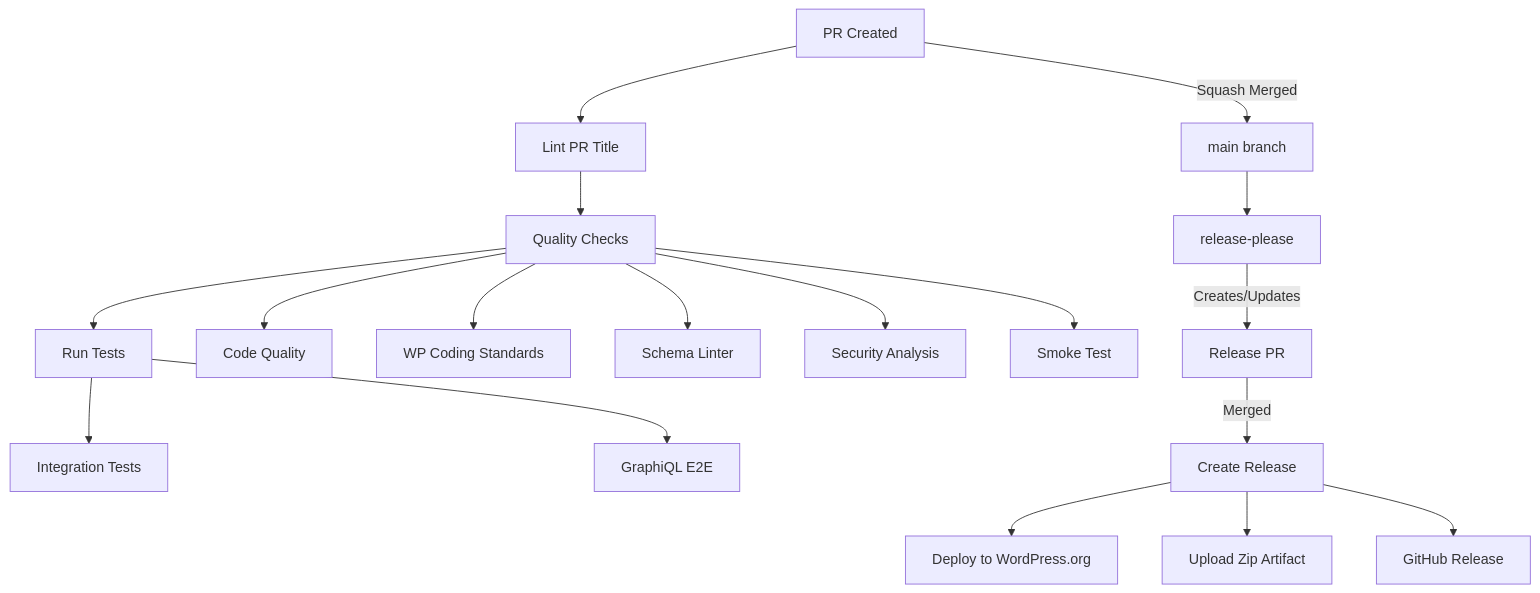
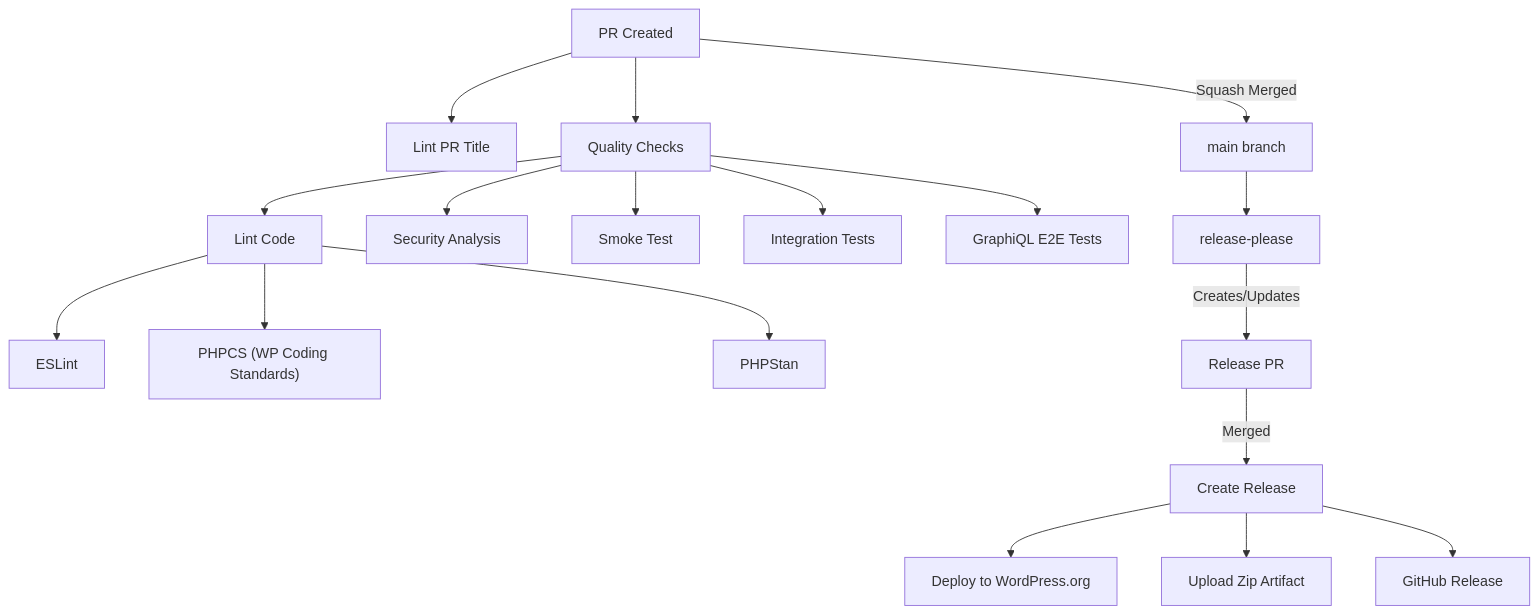
One commit to wp-graphql/wp-graphql changed the diagram in .github/workflows/README.md. Above: the diagram before and after it, drawn with Mermaid. The commit also changed other lines of this file and 4 other files, not shown here.

Commit message:
ci: combine phpcs/phpstan workflows into reusable lint

````diff
--- a/.github/workflows/README.md
+++ b/.github/workflows/README.md
@@ -93,27 +82,27 @@
 ```mermaid
 flowchart TD
     %% PR Process
     PR[PR Created] --> LPR[Lint PR Title]
-    LPR --> QA[Quality Checks]
-    QA --> Tests[Run Tests]
+    PR --> QA[Quality Checks]
 
     %% Quality Checks
-    QA --> CQ[Code Quality]
-    QA --> WCS[WP Coding Standards]
-    QA --> SL[Schema Linter]
+    QA --> Lint[Lint Code]
     QA --> SEC[Security Analysis]
     QA --> SM[Smoke Test]
+    QA --> INT[Integration Tests]
+    QA --> E2E[GraphiQL E2E Tests]
 
-    %% Tests
-    Tests --> INT[Integration Tests]
-    Tests --> E2E[GraphiQL E2E]
+    %% Linting
+    Lint --> ESL[ESLint]
+    Lint --> CS["PHPCS (WP Coding Standards)"]
+    Lint --> STAN[PHPStan]
 
     %% Merge and Release
     PR --> |Squash Merged| MAIN[main branch]
     MAIN --> RP[release-please]
     RP --> |Creates/Updates| RPR[Release PR]
     RPR --> |Merged| REL[Create Release]
     REL --> WO[Deploy to WordPress.org]
     REL --> ZIP[Upload Zip Artifact]
     REL --> GH[GitHub Release]
 ```
````
